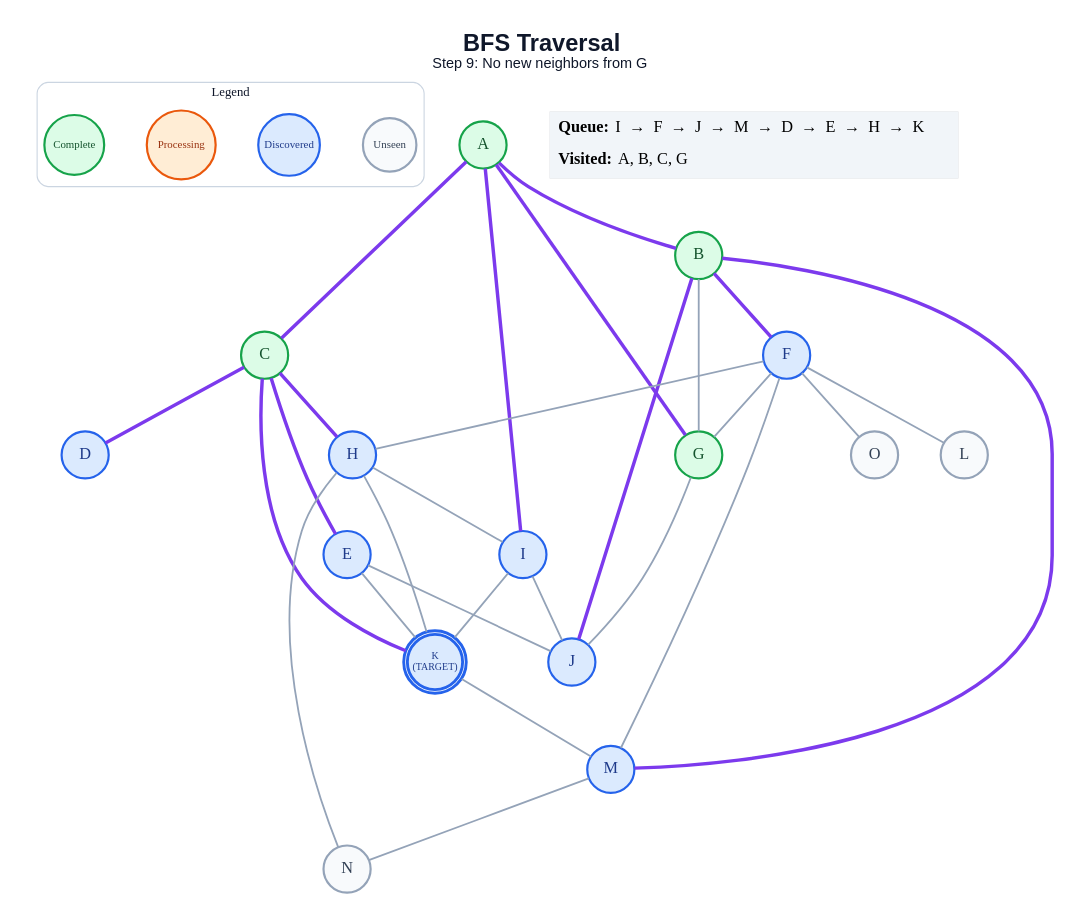
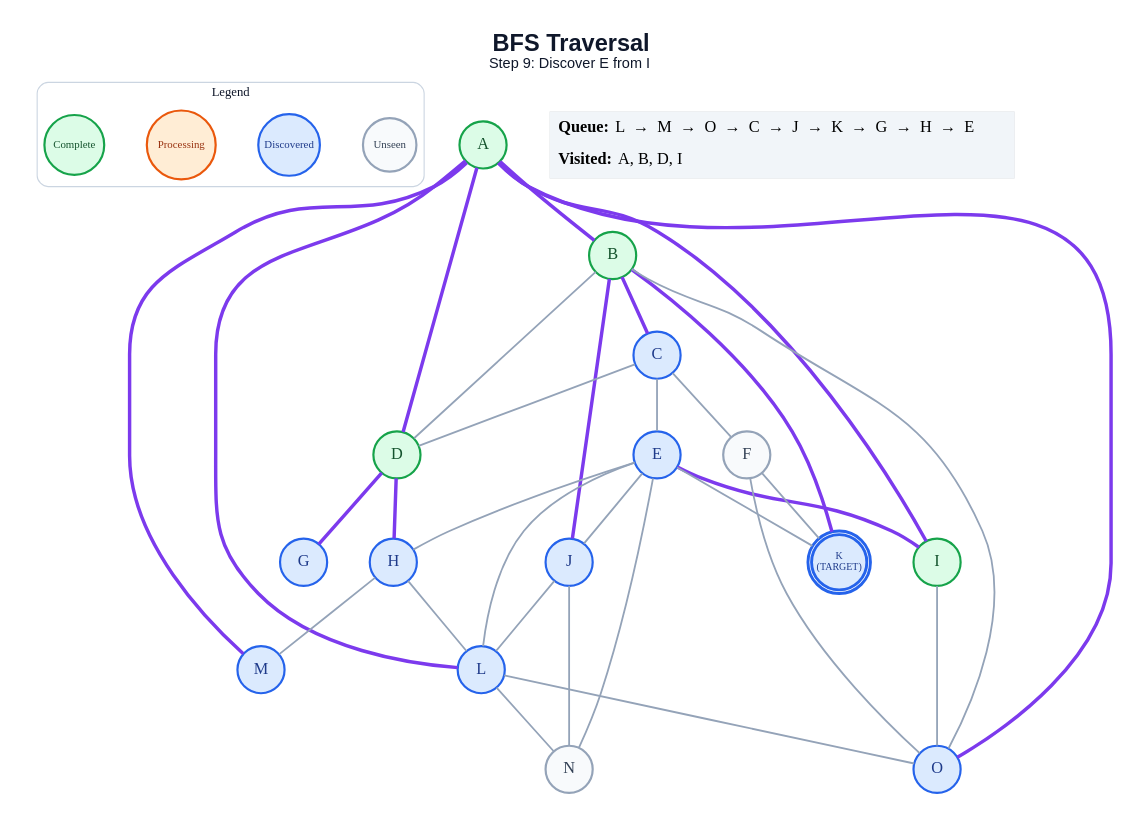
One commit to anon7238593-create/ai-slop changed the diagram in generated/specific-node/bfs/step_09.dot. Above: the diagram before and after it, drawn with Graphviz. The commit also changed 223 other files, not shown here.

```diff
--- a/generated/specific-node/bfs/step_09.dot
+++ b/generated/specific-node/bfs/step_09.dot
@@ -1,61 +1,65 @@
 graph traversal {
   graph [layout=dot, rankdir=TB, bgcolor="#FFFFFF", pad="0.35", nodesep="0.65", ranksep="0.8", fontname="Arial"];
   node [shape=circle, style="filled", fontname="Arial Bold", fontsize=18, width=0.72, fixedsize=true, penwidth=2.4];
   edge [color="#94A3B8", penwidth=2.0];
-  label=<<B>BFS Traversal</B><BR/><FONT POINT-SIZE="16">Step 9: No new neighbors from G</FONT>>; labelloc="t"; fontsize=26; fontname="Arial"; fontcolor="#0F172A";
+  label=<<B>BFS Traversal</B><BR/><FONT POINT-SIZE="16">Step 9: Discover E from I</FONT>>; labelloc="t"; fontsize=26; fontname="Arial"; fontcolor="#0F172A";
   subgraph cluster_legend { label="Legend"; color="#CBD5E1"; penwidth=1.2; style="rounded"; fontsize=14; fontname="Arial Bold";
     key_unseen [label="Unseen", fillcolor="#F8FAFC", color="#94A3B8", fontcolor="#334155", fontsize=12, width=0.82];
     key_frontier [label="Discovered", fillcolor="#DBEAFE", color="#2563EB", fontcolor="#1E3A8A", fontsize=12, width=0.95];
     key_current [label="Processing", fillcolor="#FFEDD5", color="#EA580C", fontcolor="#9A3412", fontsize=12, width=1.05];
     key_done [label="Complete", fillcolor="#DCFCE7", color="#16A34A", fontcolor="#14532D", fontsize=12, width=0.92];
     { rank=same; key_unseen; key_frontier; key_current; key_done; }
   }
   A [label="A", fillcolor="#DCFCE7", color="#16A34A", fontcolor="#14532D", peripheries=1, penwidth=2.4];
   B [label="B", fillcolor="#DCFCE7", color="#16A34A", fontcolor="#14532D", peripheries=1, penwidth=2.4];
-  C [label="C", fillcolor="#DCFCE7", color="#16A34A", fontcolor="#14532D", peripheries=1, penwidth=2.4];
-  D [label="D", fillcolor="#DBEAFE", color="#2563EB", fontcolor="#1E3A8A", peripheries=1, penwidth=2.4];
+  C [label="C", fillcolor="#DBEAFE", color="#2563EB", fontcolor="#1E3A8A", peripheries=1, penwidth=2.4];
+  D [label="D", fillcolor="#DCFCE7", color="#16A34A", fontcolor="#14532D", peripheries=1, penwidth=2.4];
   E [label="E", fillcolor="#DBEAFE", color="#2563EB", fontcolor="#1E3A8A", peripheries=1, penwidth=2.4];
-  F [label="F", fillcolor="#DBEAFE", color="#2563EB", fontcolor="#1E3A8A", peripheries=1, penwidth=2.4];
-  G [label="G", fillcolor="#DCFCE7", color="#16A34A", fontcolor="#14532D", peripheries=1, penwidth=2.4];
+  F [label="F", fillcolor="#F8FAFC", color="#94A3B8", fontcolor="#334155", peripheries=1, penwidth=2.4];
+  G [label="G", fillcolor="#DBEAFE", color="#2563EB", fontcolor="#1E3A8A", peripheries=1, penwidth=2.4];
   H [label="H", fillcolor="#DBEAFE", color="#2563EB", fontcolor="#1E3A8A", peripheries=1, penwidth=2.4];
-  I [label="I", fillcolor="#DBEAFE", color="#2563EB", fontcolor="#1E3A8A", peripheries=1, penwidth=2.4];
+  I [label="I", fillcolor="#DCFCE7", color="#16A34A", fontcolor="#14532D", peripheries=1, penwidth=2.4];
   J [label="J", fillcolor="#DBEAFE", color="#2563EB", fontcolor="#1E3A8A", peripheries=1, penwidth=2.4];
   K [label="K\n(TARGET)", fillcolor="#DBEAFE", color="#2563EB", fontcolor="#1E3A8A", peripheries=2, penwidth=3.2, fontsize=11, width=0.85, height=0.85];
-  L [label="L", fillcolor="#F8FAFC", color="#94A3B8", fontcolor="#334155", peripheries=1, penwidth=2.4];
+  L [label="L", fillcolor="#DBEAFE", color="#2563EB", fontcolor="#1E3A8A", peripheries=1, penwidth=2.4];
   M [label="M", fillcolor="#DBEAFE", color="#2563EB", fontcolor="#1E3A8A", peripheries=1, penwidth=2.4];
   N [label="N", fillcolor="#F8FAFC", color="#94A3B8", fontcolor="#334155", peripheries=1, penwidth=2.4];
-  O [label="O", fillcolor="#F8FAFC", color="#94A3B8", fontcolor="#334155", peripheries=1, penwidth=2.4];
+  O [label="O", fillcolor="#DBEAFE", color="#2563EB", fontcolor="#1E3A8A", peripheries=1, penwidth=2.4];
   A -- B [color="#7C3AED", penwidth=3.8];
-  A -- C [color="#7C3AED", penwidth=3.8];
-  A -- G [color="#7C3AED", penwidth=3.8];
+  A -- D [color="#7C3AED", penwidth=3.8];
   A -- I [color="#7C3AED", penwidth=3.8];
-  B -- F [color="#7C3AED", penwidth=3.8];
-  B -- G;
+  A -- L [color="#7C3AED", penwidth=3.8];
+  A -- M [color="#7C3AED", penwidth=3.8];
+  A -- O [color="#7C3AED", penwidth=3.8];
+  B -- C [color="#7C3AED", penwidth=3.8];
+  B -- D;
   B -- J [color="#7C3AED", penwidth=3.8];
-  B -- M [color="#7C3AED", penwidth=3.8];
-  C -- D [color="#7C3AED", penwidth=3.8];
-  C -- E [color="#7C3AED", penwidth=3.8];
-  C -- H [color="#7C3AED", penwidth=3.8];
-  C -- K [color="#7C3AED", penwidth=3.8];
+  B -- K [color="#7C3AED", penwidth=3.8];
+  B -- O;
+  C -- D;
+  C -- E;
+  C -- F;
+  D -- G [color="#7C3AED", penwidth=3.8];
+  D -- H [color="#7C3AED", penwidth=3.8];
+  E -- H;
+  E -- I [color="#7C3AED", penwidth=3.8];
   E -- J;
   E -- K;
-  F -- G;
-  F -- H;
-  F -- L;
-  F -- M;
+  E -- L;
+  E -- N;
+  F -- K;
   F -- O;
-  G -- J;
-  H -- I;
-  H -- K;
-  H -- N;
-  I -- J;
-  I -- K;
-  K -- M;
-  M -- N;
+  H -- L;
+  H -- M;
+  I -- O;
+  J -- L;
+  J -- N;
+  L -- N;
+  L -- O;
   status [shape=plain, fixedsize=false, width=0, height=0, margin=0, label=<
     <TABLE BORDER="0" CELLBORDER="0" CELLPADDING="7" BGCOLOR="#F1F5F9">
-      <TR><TD ALIGN="LEFT"><B>Queue:</B> I  →  F  →  J  →  M  →  D  →  E  →  H  →  K</TD></TR>
-      <TR><TD ALIGN="LEFT"><B>Visited:</B> A, B, C, G</TD></TR>
+      <TR><TD ALIGN="LEFT"><B>Queue:</B> L  →  M  →  O  →  C  →  J  →  K  →  G  →  H  →  E</TD></TR>
+      <TR><TD ALIGN="LEFT"><B>Visited:</B> A, B, D, I</TD></TR>
     </TABLE>
   >];
 }
```
